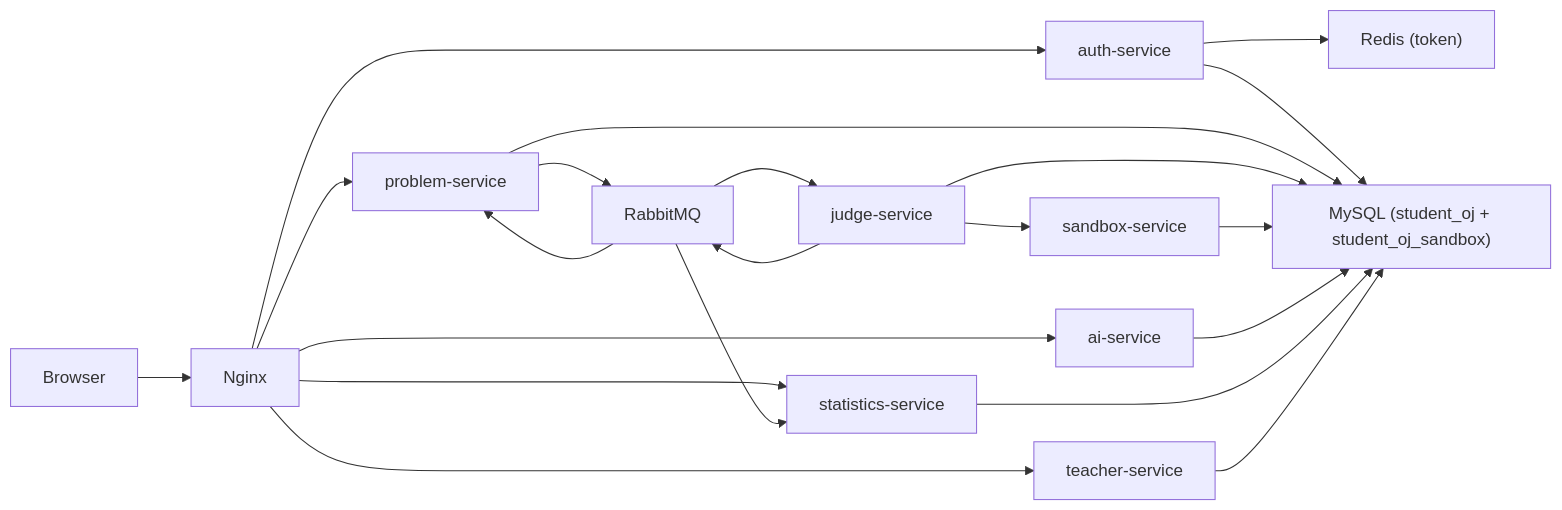
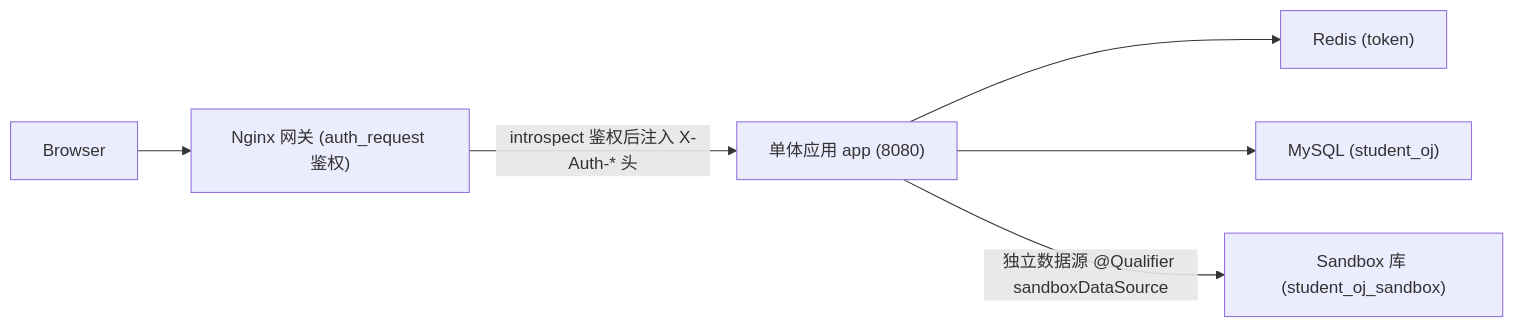
One commit to shuliza/students-oj changed the diagram in README.md. Above: the diagram before and after it, drawn with Mermaid. The commit also changed other lines of this file, not shown here.

````diff
--- a/README.md
+++ b/README.md
@@ -114,36 +119,15 @@
 ```mermaid
 flowchart LR
   Browser["Browser"]
-  Nginx["Nginx"]
-  Auth["auth-service"]
-  Problem["problem-service"]
-  Judge["judge-service"]
-  Sandbox["sandbox-service"]
-  AI["ai-service"]
-  Statistics["statistics-service"]
-  Teacher["teacher-service"]
-  RabbitMQ["RabbitMQ"]
+  Nginx["Nginx 网关 (auth_request 鉴权)"]
+  App["单体应用 app (8080)"]
   Redis["Redis (token)"]
-  MySQL["MySQL (student_oj + student_oj_sandbox)"]
+  MySQL["MySQL (student_oj)"]
+  Sandbox["Sandbox 库 (student_oj_sandbox)"]
 
   Browser --> Nginx
-  Nginx --> Auth
-  Nginx --> Problem
-  Nginx --> AI
-  Nginx --> Statistics
-  Nginx --> Teacher
-  Problem --> RabbitMQ
-  RabbitMQ --> Judge
-  Judge --> Sandbox
-  Judge --> RabbitMQ
-  RabbitMQ --> Problem
-  RabbitMQ --> Statistics
-  Auth --> Redis
-  Auth --> MySQL
-  Problem --> MySQL
-  Judge --> MySQL
-  Sandbox --> MySQL
-  AI --> MySQL
-  Statistics --> MySQL
-  Teacher --> MySQL
+  Nginx -->|introspect 鉴权后注入 X-Auth-* 头| App
+  App --> Redis
+  App --> MySQL
+  App -->|独立数据源 @Qualifier sandboxDataSource| Sandbox
 ```
````
